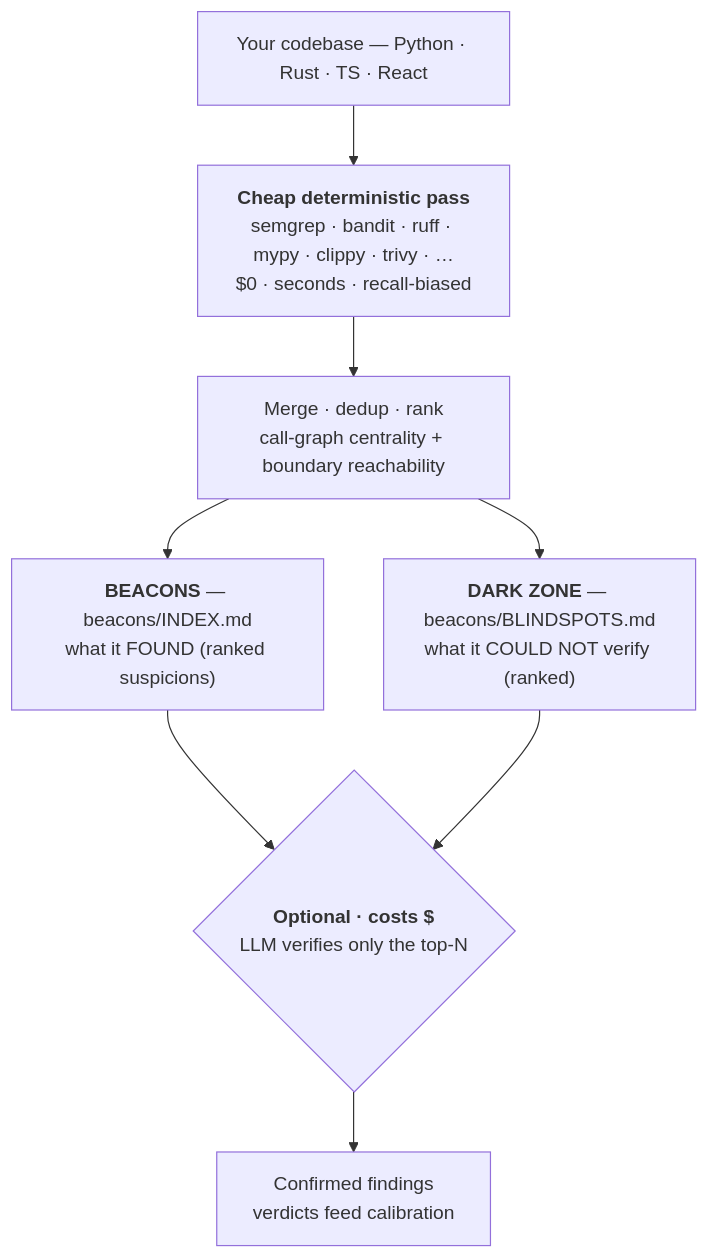
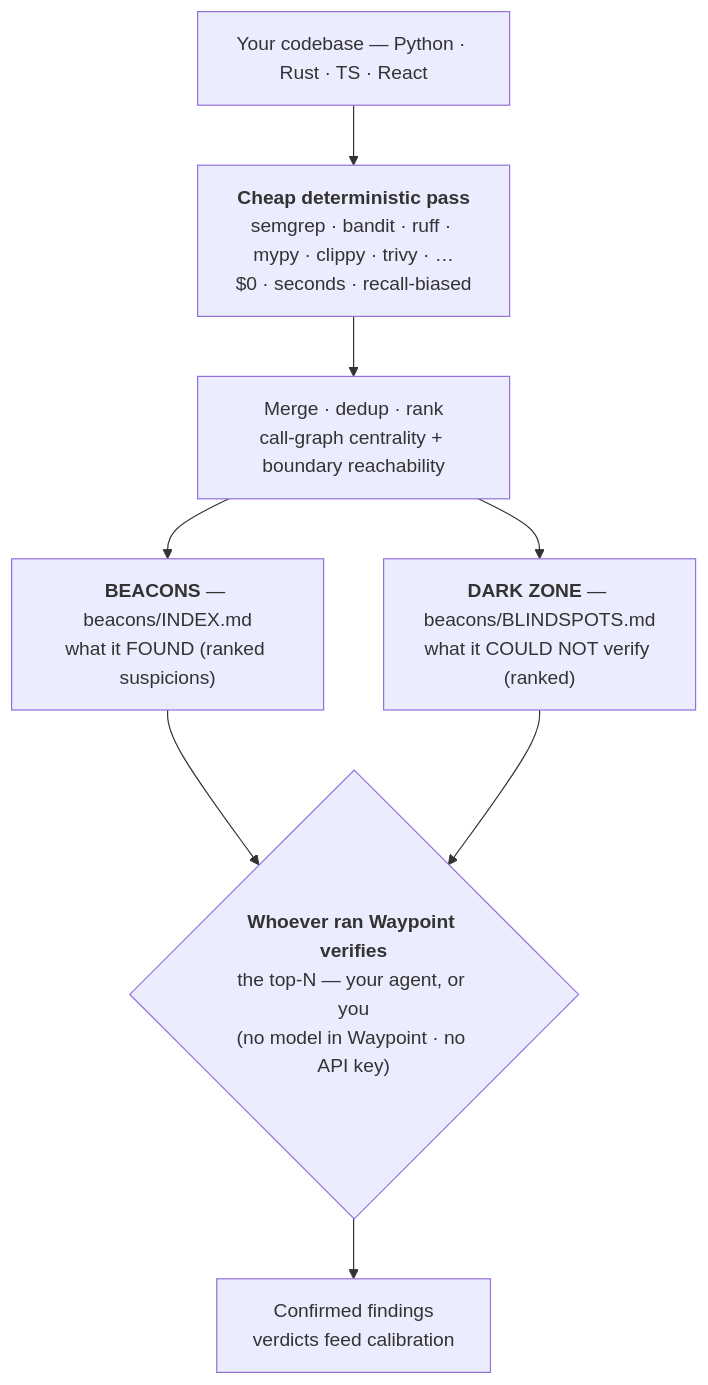
One commit to colbyvk/waypoint changed the first of 2 diagrams in README.md. Above: the diagram before and after it, drawn with Mermaid. The commit also changed other lines of this file and 9 other files, not shown here.

First line of the commit message:
Reposition as a tool, not an agentic harness (no API key)

````diff
--- a/README.md
+++ b/README.md
@@ -27,10 +33,10 @@
 ```mermaid
 flowchart TD
     A["Your codebase — Python · Rust · TS · React"] --> B
     B["<b>Cheap deterministic pass</b><br/>semgrep · bandit · ruff · mypy · clippy · trivy · …<br/>$0 · seconds · recall-biased"] --> C
     C["Merge · dedup · rank<br/>call-graph centrality + boundary reachability"] --> D
     C --> E
     D["<b>BEACONS</b> — beacons/INDEX.md<br/>what it FOUND (ranked suspicions)"] --> F
     E["<b>DARK ZONE</b> — beacons/BLINDSPOTS.md<br/>what it COULD NOT verify (ranked)"] --> F
-    F{"<b>Optional · costs $</b><br/>LLM verifies only the top-N"} --> G["Confirmed findings<br/>verdicts feed calibration"]
+    F{"<b>Whoever ran Waypoint verifies</b><br/>the top-N — your agent, or you<br/>(no model in Waypoint · no API key)"} --> G["Confirmed findings<br/>verdicts feed calibration"]
 ```
````
